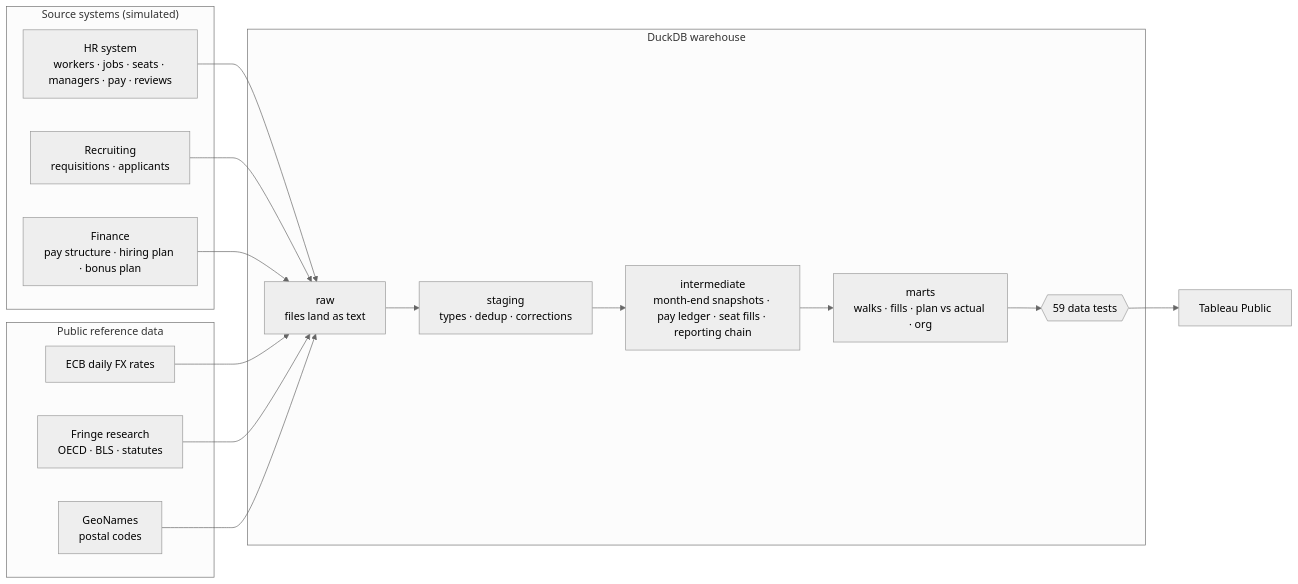
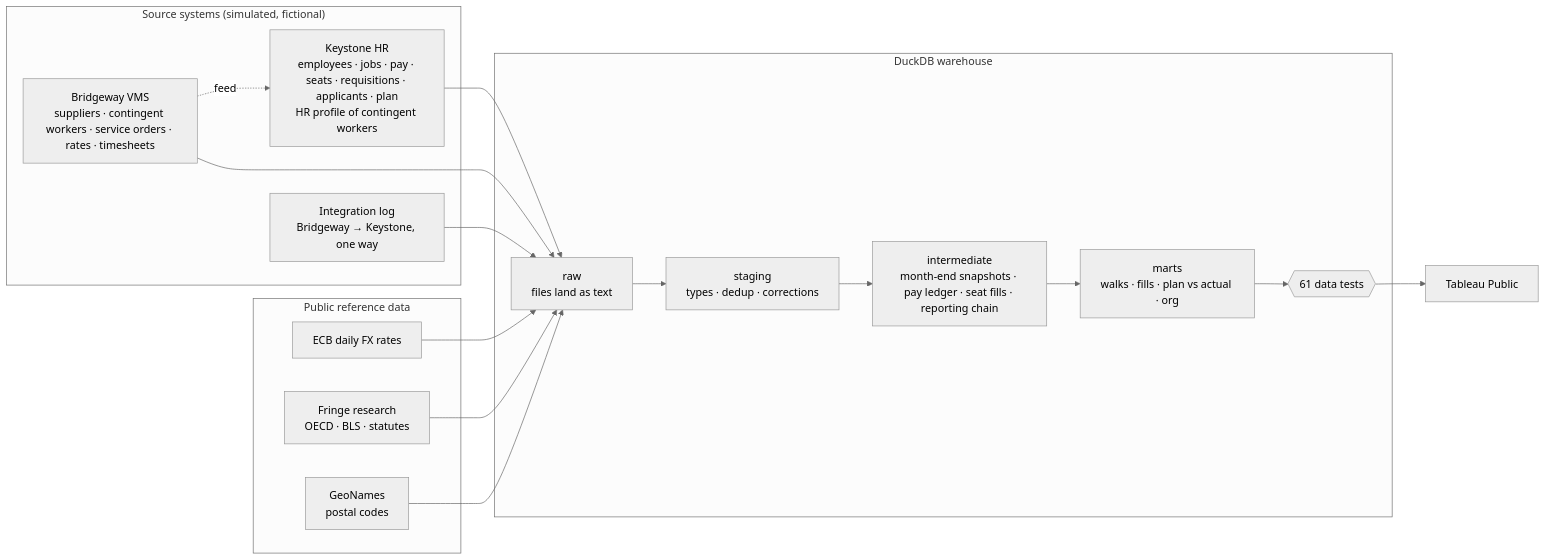
Before and after one commit to thialp/people-analytics-warehouse: the first of 2 diagrams in README.md, drawn with Mermaid (neutral theme). The commit also changed other lines of this file and 31 other files, not shown here.

Commit message:
Release 3 phase 2: source systems, lineage registry and contingent workforce table contracts

````diff
--- a/README.md
+++ b/README.md
@@ -38,28 +38,29 @@
 ```mermaid
 flowchart LR
-    subgraph Sources["Source systems (simulated)"]
-        HR["HR system<br/>workers · jobs · seats · managers · pay · reviews"]
-        ATS["Recruiting<br/>requisitions · applicants"]
-        FIN["Finance<br/>pay structure · hiring plan · bonus plan"]
+    subgraph Sources["Source systems (simulated, fictional)"]
+        HR["Keystone HR<br/>employees · jobs · pay · seats · requisitions · applicants · plan<br/>HR profile of contingent workers"]
+        VMS["Bridgeway VMS<br/>suppliers · contingent workers · service orders · rates · timesheets"]
+        FEED["Integration log<br/>Bridgeway → Keystone, one way"]
     end
     subgraph Public["Public reference data"]
         ECB["ECB daily FX rates"]
         FRG["Fringe research<br/>OECD · BLS · statutes"]
         GEO["GeoNames<br/>postal codes"]
     end
     subgraph WH["DuckDB warehouse"]
         RAW["raw<br/>files land as text"]
         STG["staging<br/>types · dedup · corrections"]
         INT["intermediate<br/>month-end snapshots · pay ledger · seat fills · reporting chain"]
         MART["marts<br/>walks · fills · plan vs actual · org"]
-        TEST{{"59 data tests"}}
+        TEST{{"61 data tests"}}
     end
     TAB["Tableau Public"]
+    VMS -. feed .-> HR
     HR --> RAW
-    ATS --> RAW
-    FIN --> RAW
+    VMS --> RAW
+    FEED --> RAW
     ECB --> RAW
     FRG --> RAW
     GEO --> RAW
     RAW --> STG --> INT --> MART --> TEST --> TAB
 ```
````
